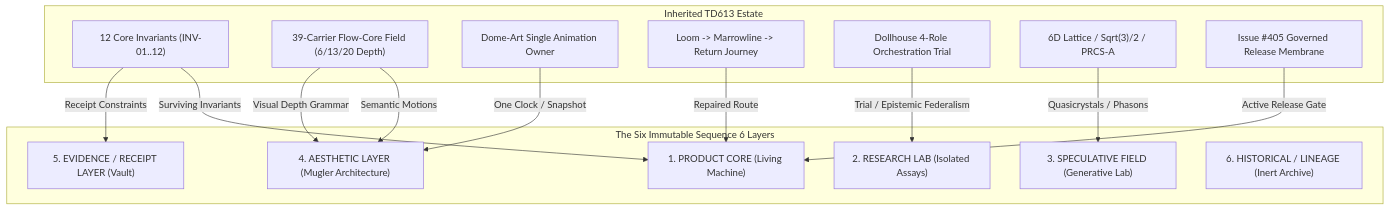
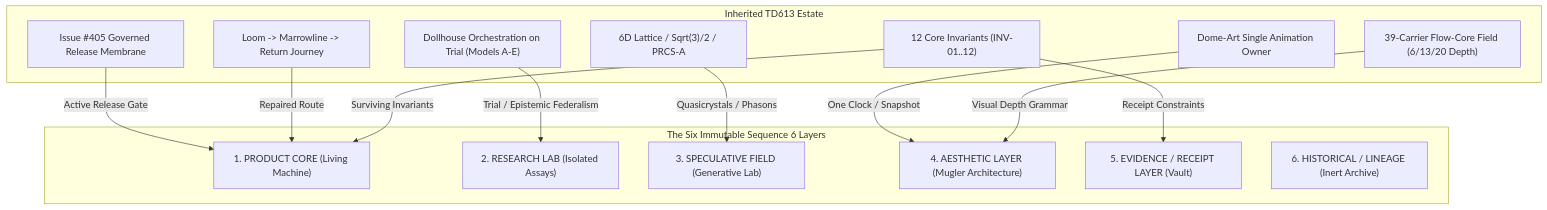
Before and after one commit to tauric-diana-613/TD613-TCP: the first of 2 diagrams in research/sequence-6-surviving-relations/02-SURVIVOR_MAP_AND_ARCHITECTURE_SPECIFICATION.md, drawn with Mermaid. The commit also changed other lines of this file and 2 other files, not shown here.

Commit message:
docs(seq6): complete Rest 1 final architecture reconciliation

````diff
--- a/research/sequence-6-surviving-relations/02-SURVIVOR_MAP_AND_ARCHITECTURE_SPECIFICATION.md
+++ b/research/sequence-6-surviving-relations/02-SURVIVOR_MAP_AND_ARCHITECTURE_SPECIFICATION.md
@@ -94,31 +100,30 @@
 ```mermaid
 flowchart TD
     subgraph INHERITED["Inherited TD613 Estate"]
         I_INV["12 Core Invariants (INV-01..12)"]
         I_FLOW["39-Carrier Flow-Core Field (6/13/20 Depth)"]
         I_DOME["Dome-Art Single Animation Owner"]
         I_LOOM["Loom -> Marrowline -> Return Journey"]
-        I_DOLL["Dollhouse 4-Role Orchestration Trial"]
+        I_DOLL["Dollhouse Orchestration on Trial (Models A-E)"]
         I_SPEC["6D Lattice / Sqrt(3)/2 / PRCS-A"]
         I_REL["Issue #405 Governed Release Membrane"]
     end
 
     subgraph SIX_LAYERS["The Six Immutable Sequence 6 Layers"]
         L1["1. PRODUCT CORE (Living Machine)"]
         L2["2. RESEARCH LAB (Isolated Assays)"]
         L3["3. SPECULATIVE FIELD (Generative Lab)"]
         L4["4. AESTHETIC LAYER (Mugler Architecture)"]
         L5["5. EVIDENCE / RECEIPT LAYER (Vault)"]
         L6["6. HISTORICAL / LINEAGE (Inert Archive)"]
     end
 
     I_INV -->|Surviving Invariants| L1
-    I_FLOW -->|Semantic Motions| L4
+    I_FLOW -->|Visual Depth Grammar| L4
     I_DOME -->|One Clock / Snapshot| L4
     I_LOOM -->|Repaired Route| L1
     I_REL -->|Active Release Gate| L1
     I_INV -->|Receipt Constraints| L5
     I_DOLL -->|Trial / Epistemic Federalism| L2
     I_SPEC -->|Quasicrystals / Phasons| L3
-    I_FLOW -->|Visual Depth Grammar| L4
 ```
````
